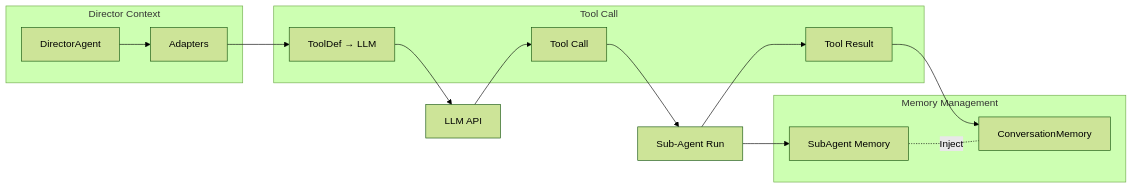
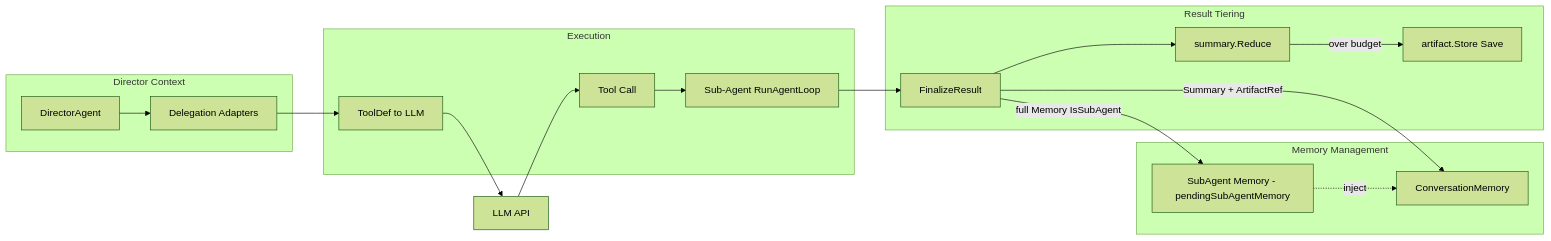
One commit to iohub/Yagent changed the tenth of 10 diagrams in docs/ARCHITECTURE.en.md. Above: the diagram before and after it, drawn with Mermaid (forest theme). The commit also changed other lines of this file, not shown here.

````diff
--- a/docs/ARCHITECTURE.en.md
+++ b/docs/ARCHITECTURE.en.md
@@ -1151,28 +1635,36 @@
 ```mermaid
 flowchart LR
     subgraph DirectorScope [Director Context]
         COND[DirectorAgent]
-        ADAPTERS[Adapters]
+        ADAPTERS[Delegation Adapters]
     end
-    
-    subgraph ToolCallScope [Tool Call]
-        TOOL_DEF[ToolDef → LLM]
+
+    subgraph Exec [Execution]
+        TOOL_DEF[ToolDef to LLM]
         TOOL_CALL[Tool Call]
-        TOOL_RESULT[Tool Result]
+        SUBRUN[Sub-Agent RunAgentLoop]
     end
-    
+
+    subgraph Tiering [Result Tiering]
+        FINAL[FinalizeResult]
+        REDUCE[summary.Reduce]
+        ART[artifact.Store Save]
+    end
+
     subgraph MemoryScope [Memory Management]
         CONV_MEM[ConversationMemory]
-        SUB_AGENT_MEM[SubAgent Memory]
+        SUB_MEM[SubAgent Memory - pendingSubAgentMemory]
     end
-    
+
     COND --> ADAPTERS
     ADAPTERS --> TOOL_DEF
     TOOL_DEF --> LLM[LLM API]
     LLM --> TOOL_CALL
-    TOOL_CALL --> SUB_AGENTS[Sub-Agent Run]
-    SUB_AGENTS --> TOOL_RESULT
-    TOOL_RESULT --> CONV_MEM
-    SUB_AGENTS --> SUB_AGENT_MEM
-    SUB_AGENT_MEM -.-|Inject| CONV_MEM
+    TOOL_CALL --> SUBRUN
+    SUBRUN --> FINAL
+    FINAL --> REDUCE
+    REDUCE -->|"over budget"| ART
+    FINAL -->|"Summary + ArtifactRef"| CONV_MEM
+    FINAL -->|"full Memory IsSubAgent"| SUB_MEM
+    SUB_MEM -.inject.-> CONV_MEM
 ```
````
